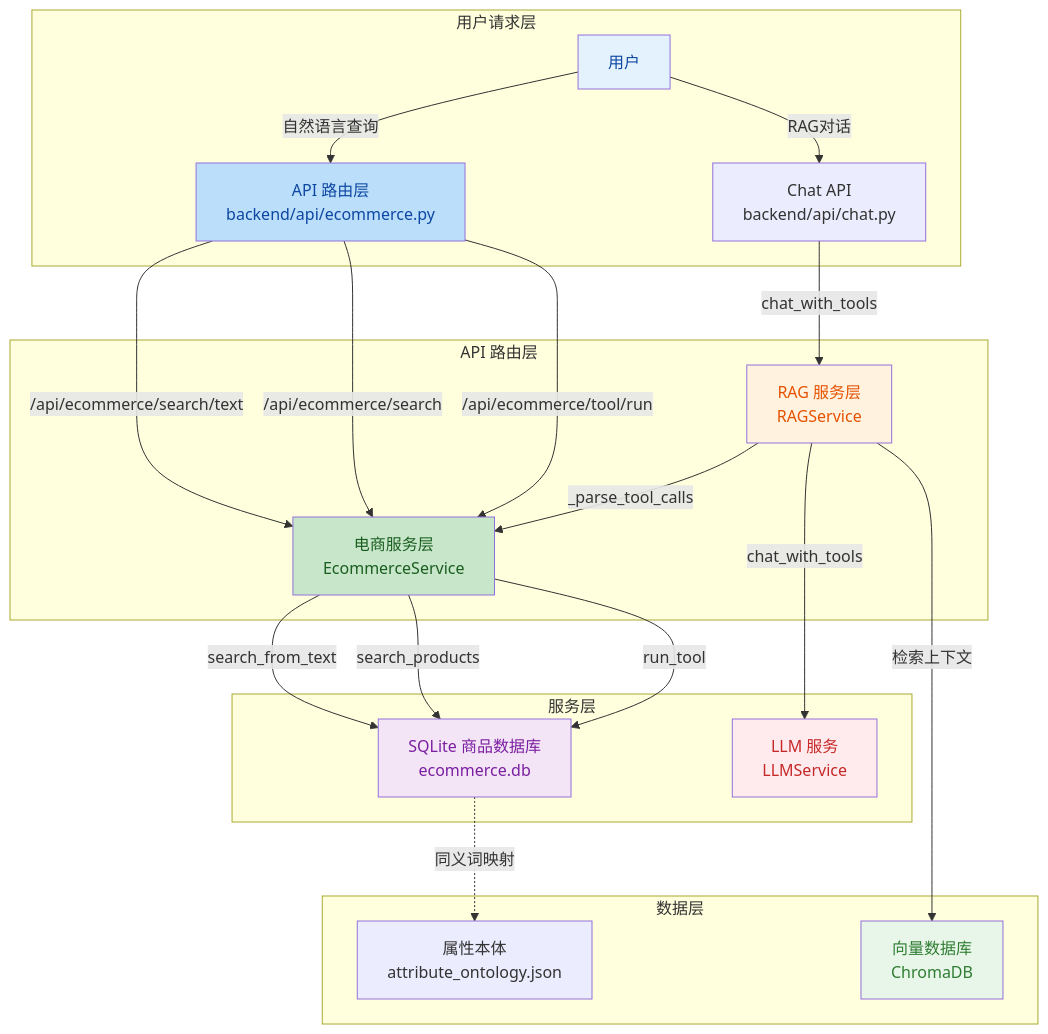
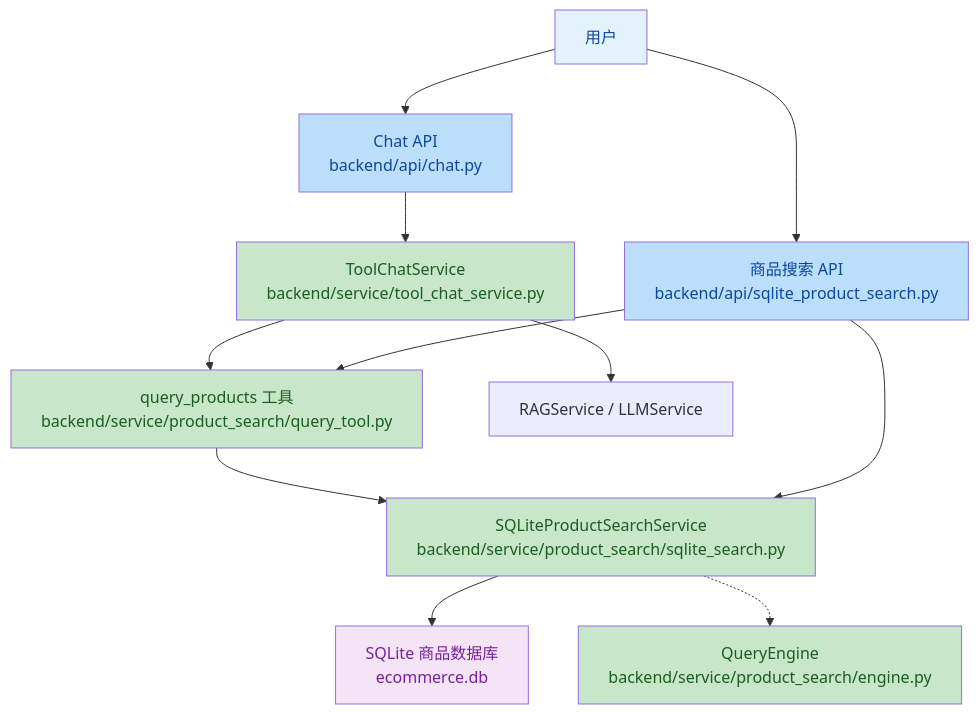
One commit to Fang-Chenxin/ragApp2 changed the diagram in docs/变更摘要/电商数据库服务.md. Above: the diagram before and after it, drawn with Mermaid. The commit also changed other lines of this file and 20 other files, not shown here.

````diff
--- a/docs/变更摘要/电商数据库服务.md
+++ b/docs/变更摘要/电商数据库服务.md
@@ -15,35 +32,25 @@
 ```mermaid
 graph TD
-    subgraph "用户请求层"
-        User[用户] -->|自然语言查询| API["API 路由层<br/>backend/api/ecommerce.py"]
-        User -->|RAG对话| ChatAPI["Chat API<br/>backend/api/chat.py"]
-    end
+    User[用户] --> ChatAPI["Chat API<br/>backend/api/chat.py"]
+    User --> ProductAPI["商品搜索 API<br/>backend/api/sqlite_product_search.py"]
 
-    subgraph "API 路由层"
-        API -->|/api/ecommerce/search/text| Service["电商服务层<br/>EcommerceService"]
-        API -->|/api/ecommerce/search| Service
-        API -->|/api/ecommerce/tool/run| Service
-        ChatAPI -->|chat_with_tools| RAG["RAG 服务层<br/>RAGService"]
-    end
+    ChatAPI --> ToolChat["ToolChatService<br/>backend/service/tool_chat_service.py"]
+    ToolChat --> QueryTool["query_products 工具<br/>backend/service/product_search/query_tool.py"]
+    QueryTool --> SearchService["SQLiteProductSearchService<br/>backend/service/product_search/sqlite_search.py"]
+    SearchService --> DB["SQLite 商品数据库<br/>ecommerce.db"]
 
-    subgraph "服务层"
-        Service -->|search_from_text| DB["SQLite 商品数据库<br/>ecommerce.db"]
-        Service -->|search_products| DB
-        Service -->|run_tool| DB
-        RAG -->|_parse_tool_calls| Service
-        RAG -->|chat_with_tools| LLM["LLM 服务<br/>LLMService"]
-    end
+    ProductAPI --> SearchService
+    ProductAPI --> QueryTool
 
-    subgraph "数据层"
-        DB -.->|同义词映射| Ontology["属性本体<br/>attribute_ontology.json"]
-        RAG -->|检索上下文| VectorDB["向量数据库<br/>ChromaDB"]
-    end
+    SearchService -.-> Engine["QueryEngine<br/>backend/service/product_search/engine.py"]
+    ToolChat --> RAG["RAGService / LLMService"]
 
     style User fill:#e3f2fd,color:#0d47a1
-    style API fill:#bbdefb,color:#0d47a1
-    style Service fill:#c8e6c9,color:#1a5e20
-    style RAG fill:#fff3e0,color:#e65100
+    style ChatAPI fill:#bbdefb,color:#0d47a1
+    style ProductAPI fill:#bbdefb,color:#0d47a1
+    style ToolChat fill:#c8e6c9,color:#1a5e20
+    style QueryTool fill:#c8e6c9,color:#1a5e20
+    style SearchService fill:#c8e6c9,color:#1a5e20
+    style Engine fill:#c8e6c9,color:#1a5e20
     style DB fill:#f3e5f5,color:#7b1fa2
-    style LLM fill:#ffebee,color:#c62828
-    style VectorDB fill:#e8f5e9,color:#2e7d32
 ```
````
